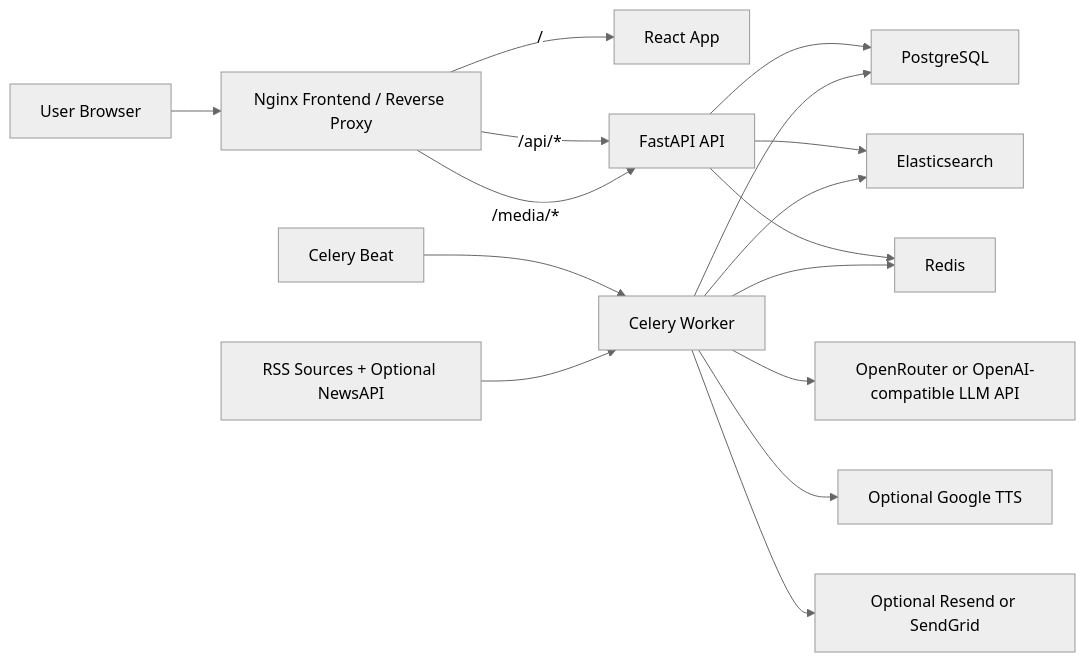
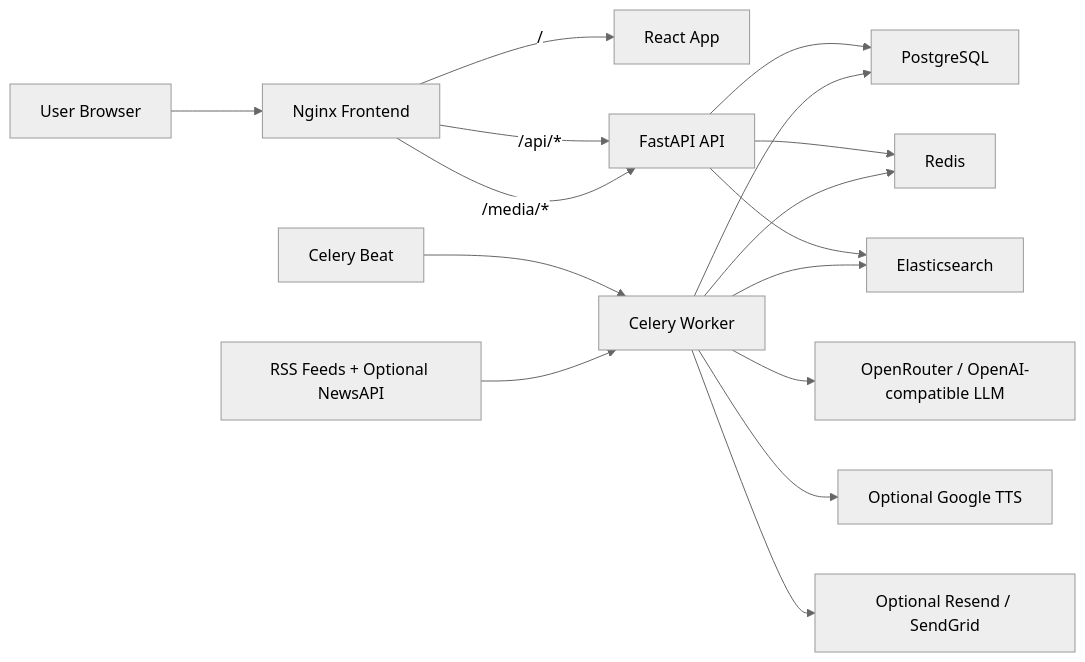
Before and after one commit to Whauv/BriefBiz: the diagram in README.md, drawn with Mermaid (neutral theme). The commit also changed other lines of this file and 2 other files, not shown here.

````diff
--- a/README.md
+++ b/README.md
@@ -168,21 +238,21 @@
 ```mermaid
 flowchart LR
-    U["User Browser"] --> N["Nginx Frontend / Reverse Proxy"]
+    U["User Browser"] --> N["Nginx Frontend"]
     N -->|"/"| R["React App"]
     N -->|"/api/*"| A["FastAPI API"]
     N -->|"/media/*"| A
 
     A --> P["PostgreSQL"]
+    A --> C["Redis"]
     A --> E["Elasticsearch"]
-    A --> C["Redis"]
 
     B["Celery Beat"] --> W["Celery Worker"]
     W --> P
+    W --> C
     W --> E
-    W --> C
-    W --> O["OpenRouter or OpenAI-compatible LLM API"]
+    W --> L["OpenRouter / OpenAI-compatible LLM"]
     W --> T["Optional Google TTS"]
-    W --> S["Optional Resend or SendGrid"]
+    W --> M["Optional Resend / SendGrid"]
 
-    F["RSS Sources + Optional NewsAPI"] --> W
+    S["RSS Feeds + Optional NewsAPI"] --> W
 ```
````
